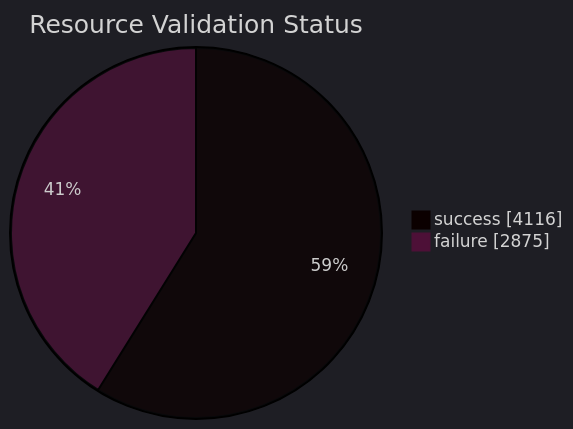
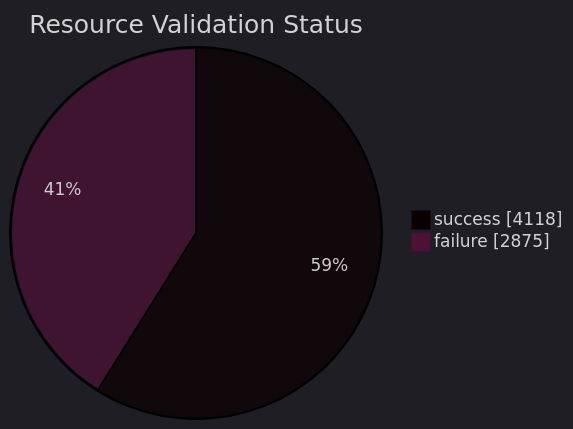
The diagram in datastore_tracker/resource_validation_status_pie_chart.md (open-data/analytics-corporate-reporting), drawn with Mermaid before and after one commit. The commit also changed 8 other files, not shown here.

````diff
--- a/datastore_tracker/resource_validation_status_pie_chart.md
+++ b/datastore_tracker/resource_validation_status_pie_chart.md
@@ -2,9 +2,9 @@
 ```mermaid
 ---
 config:
   theme: dark
 ---
 pie showData title Resource Validation Status
-    "success": 4116
+    "success": 4118
     "failure": 2875
 ```
````
